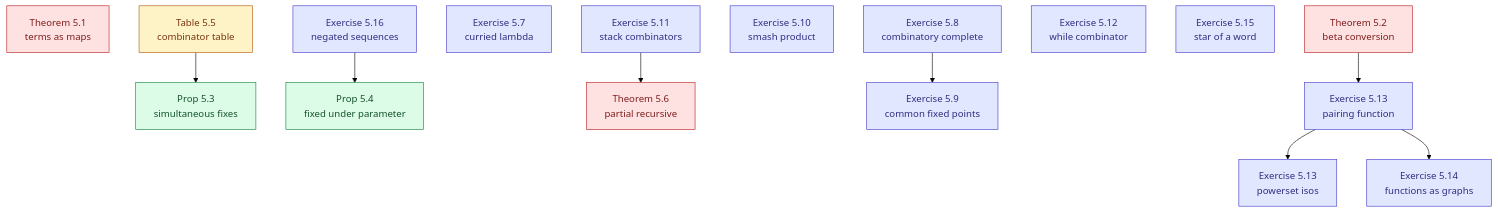
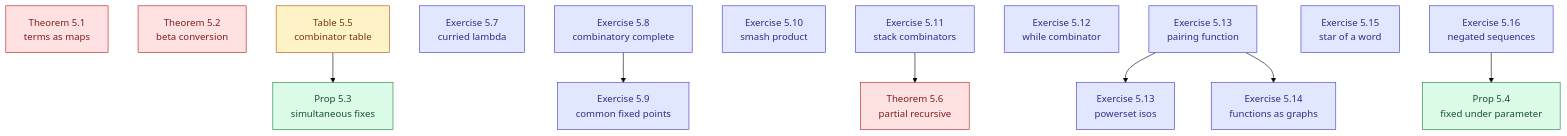
The diagram in DomainTheory/NeighbourhoodSystems/TypedLambdaCalculus/1980_Typed_lambda-calculus.mermaid (catskillsresearch/DomainTheory), drawn with Mermaid (forest theme) before and after one commit. The commit also changed 84 other files, not shown here.

```diff
--- a/DomainTheory/NeighbourhoodSystems/TypedLambdaCalculus/1980_Typed_lambda-calculus.mermaid
+++ b/DomainTheory/NeighbourhoodSystems/TypedLambdaCalculus/1980_Typed_lambda-calculus.mermaid
@@ -1,54 +1,52 @@
 %% Each box is one item. The arrowhead is on the item that imports.
 %% An arrow already implied by a longer path is omitted.
 %% The introduction has no Lean file, so it is not shown.
 %%{init: {"flowchart": {"wrappingWidth": 2000}}}%%
 flowchart TB
 
   Theorem_5_1["Theorem 5.1<br>terms as maps"]
   Theorem_5_2["Theorem 5.2<br>beta conversion"]
   Proposition_5_3["Prop 5.3<br>simultaneous fixes"]
   Proposition_5_4["Prop 5.4<br>fixed under parameter"]
   Table_5_5["Table 5.5<br>combinator table"]
   Theorem_5_6["Theorem 5.6<br>partial recursive"]
   Exercise_5_7["Exercise 5.7<br>curried lambda"]
   Exercise_5_8["Exercise 5.8<br>combinatory complete"]
   Exercise_5_9["Exercise 5.9<br>common fixed points"]
   Exercise_5_10["Exercise 5.10<br>smash product"]
   Exercise_5_11["Exercise 5.11<br>stack combinators"]
   Exercise_5_12["Exercise 5.12<br>while combinator"]
   Exercise_5_13["Exercise 5.13<br>pairing function"]
   Exercise_5_13b["Exercise 5.13<br>powerset isos"]
   Exercise_5_14["Exercise 5.14<br>functions as graphs"]
   Exercise_5_15["Exercise 5.15<br>star of a word"]
   Exercise_5_16["Exercise 5.16<br>negated sequences"]
 
   Exercise_5_11 --> Theorem_5_6
   Exercise_5_13 --> Exercise_5_13b
   Exercise_5_13 --> Exercise_5_14
   Exercise_5_16 --> Proposition_5_4
   Exercise_5_8 --> Exercise_5_9
   Table_5_5 --> Proposition_5_3
-  Theorem_5_2 --> Exercise_5_13
-
   classDef cprop fill:#dcfce7,stroke:#15803d,color:#14532d
   classDef cexs fill:#fef3c7,stroke:#b45309,color:#78350f
   classDef cex fill:#e0e7ff,stroke:#4338ca,color:#312e81
   classDef cthm fill:#fee2e2,stroke:#b91c1c,color:#7f1d1d
 
   class Theorem_5_1 cthm
   class Theorem_5_2 cthm
   class Proposition_5_3 cprop
   class Proposition_5_4 cprop
   class Table_5_5 cexs
   class Theorem_5_6 cthm
   class Exercise_5_7 cex
   class Exercise_5_8 cex
   class Exercise_5_9 cex
   class Exercise_5_10 cex
   class Exercise_5_11 cex
   class Exercise_5_12 cex
   class Exercise_5_13 cex
   class Exercise_5_13b cex
   class Exercise_5_14 cex
   class Exercise_5_15 cex
   class Exercise_5_16 cex
```
